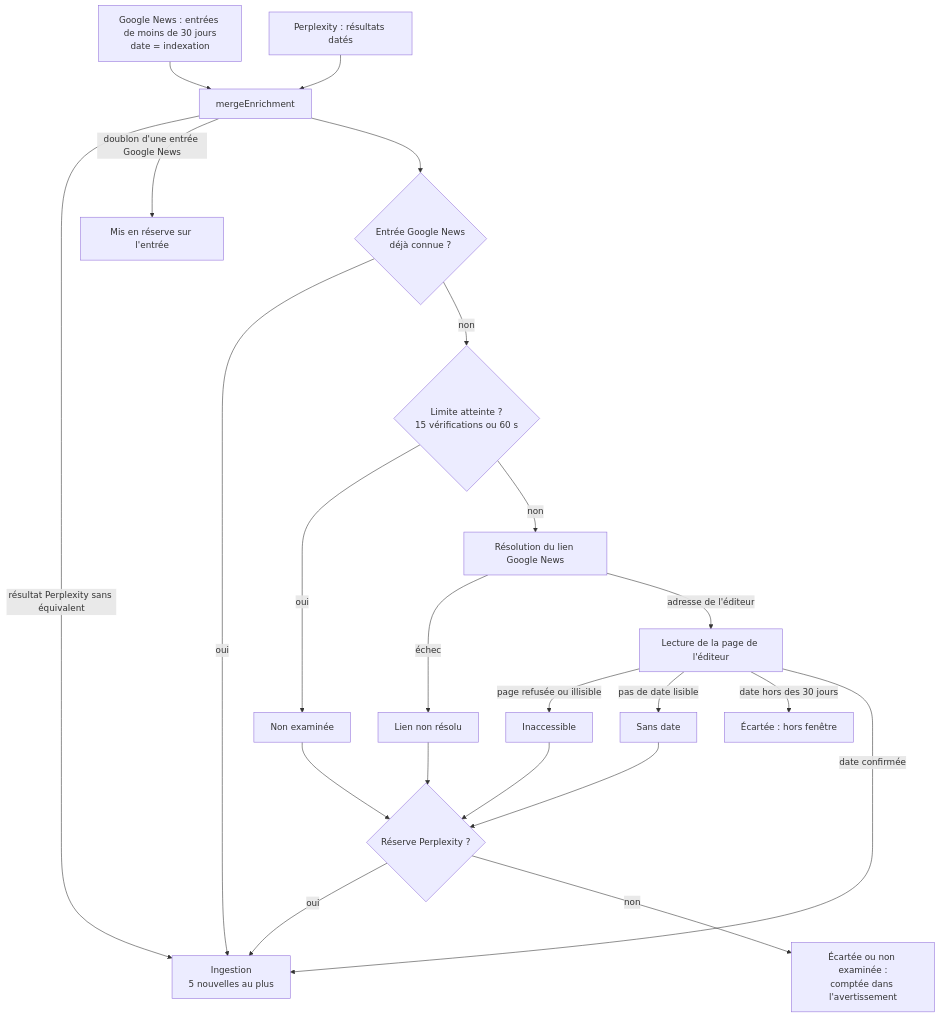
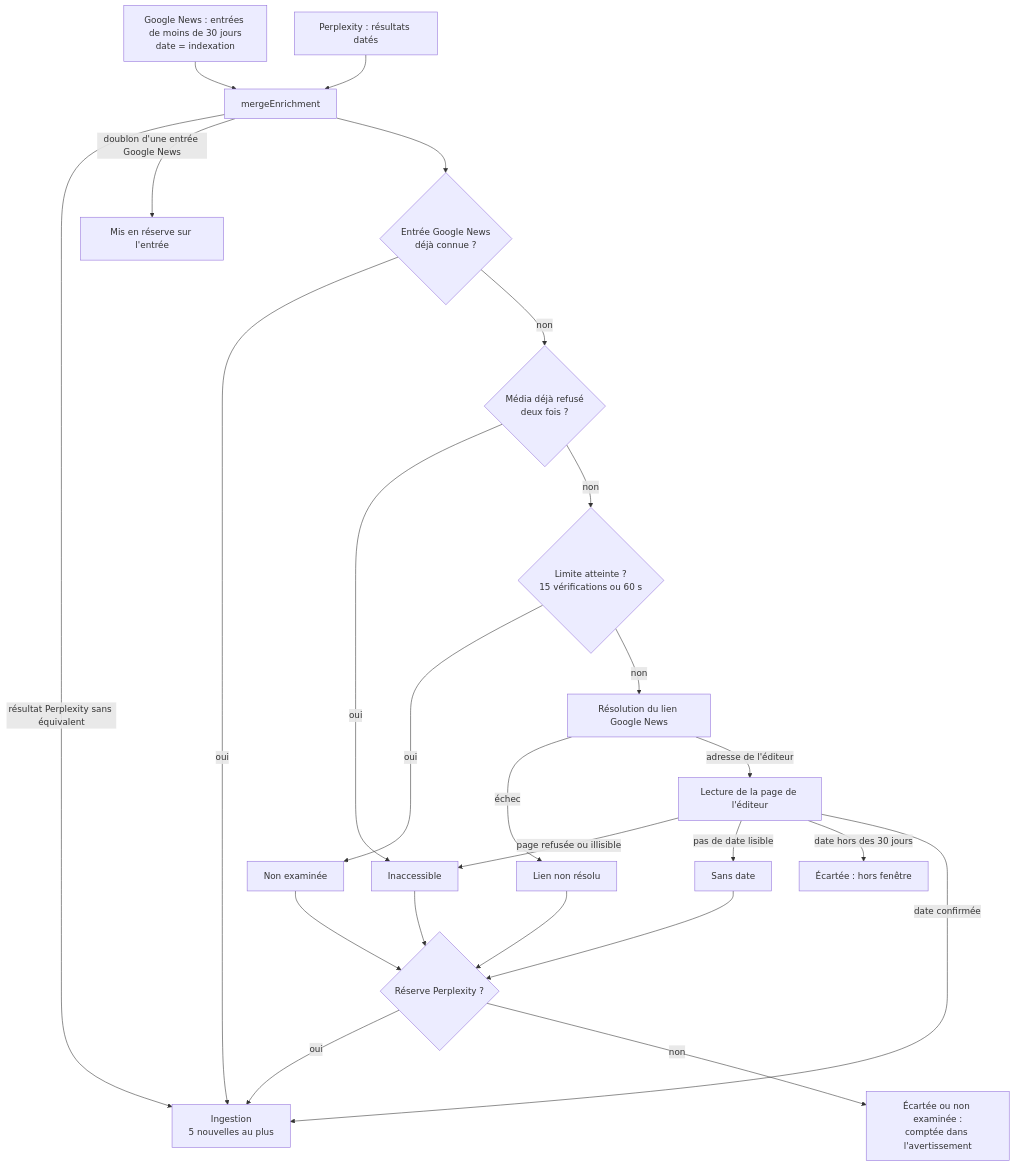
Before and after one commit to Makk7709/koraino: the diagram in docs/13-dates-publication-google-news.md, drawn with Mermaid. The commit also changed other lines of this file and 9 other files, not shown here.

````diff
--- a/docs/13-dates-publication-google-news.md
+++ b/docs/13-dates-publication-google-news.md
@@ -27,24 +29,26 @@
 ```mermaid
 flowchart TD
   A["Google News : entrées de moins de 30 jours<br/>date = indexation"] --> M
   P["Perplexity : résultats datés"] --> M["mergeEnrichment"]
   M -->|résultat Perplexity sans équivalent| I["Ingestion<br/>5 nouvelles au plus"]
   M -->|doublon d'une entrée Google News| R["Mis en réserve sur l'entrée"]
   M --> K{"Entrée Google News<br/>déjà connue ?"}
   K -->|oui| I
-  K -->|non| L{"Limite atteinte ?<br/>15 vérifications ou 60 s"}
+  K -->|non| F{"Média déjà refusé<br/>deux fois ?"}
+  F -->|oui| Y
+  F -->|non| L{"Limite atteinte ?<br/>15 vérifications ou 60 s"}
   L -->|oui| N["Non examinée"]
   L -->|non| U["Résolution du lien Google News"]
   U -->|échec| X["Lien non résolu"]
   U -->|adresse de l'éditeur| G["Lecture de la page de l'éditeur"]
   G -->|page refusée ou illisible| Y["Inaccessible"]
   G -->|pas de date lisible| Z["Sans date"]
   G -->|date hors des 30 jours| H["Écartée : hors fenêtre"]
   G -->|date confirmée| I
   N --> B{"Réserve Perplexity ?"}
   X --> B
   Y --> B
   Z --> B
   B -->|oui| I
   B -->|non| E["Écartée ou non examinée :<br/>comptée dans l'avertissement"]
 ```
````
